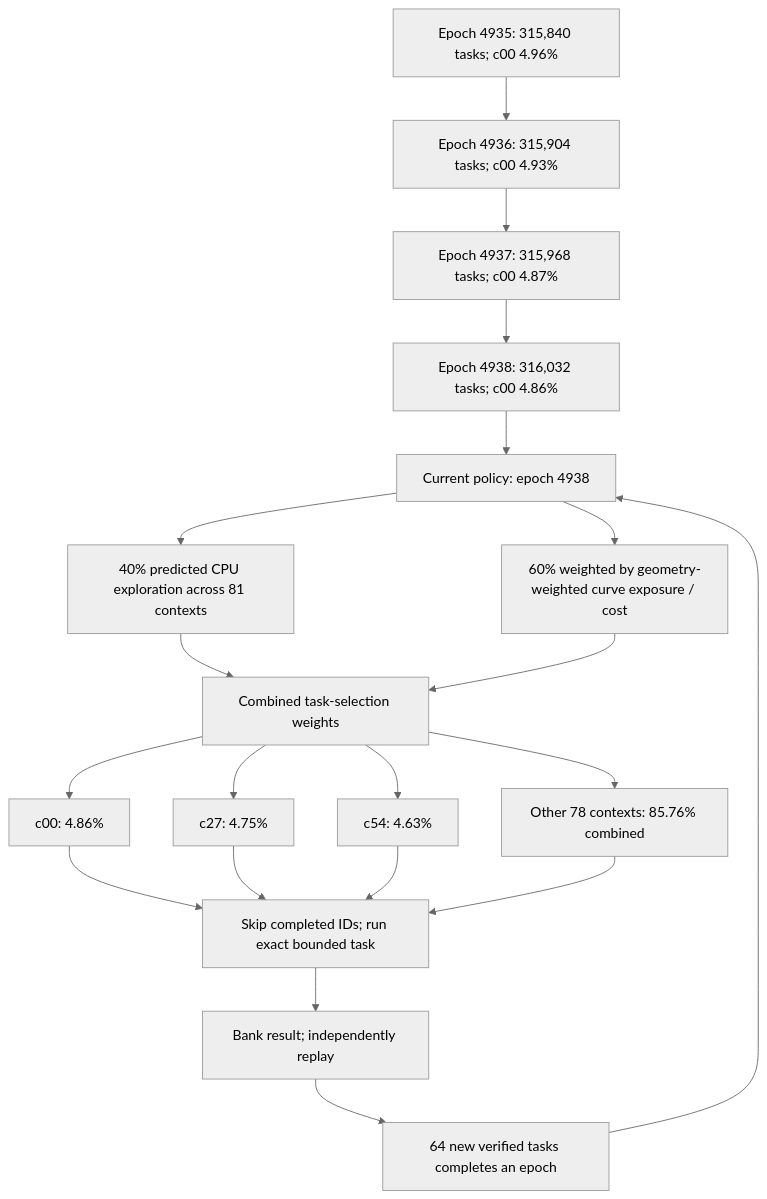
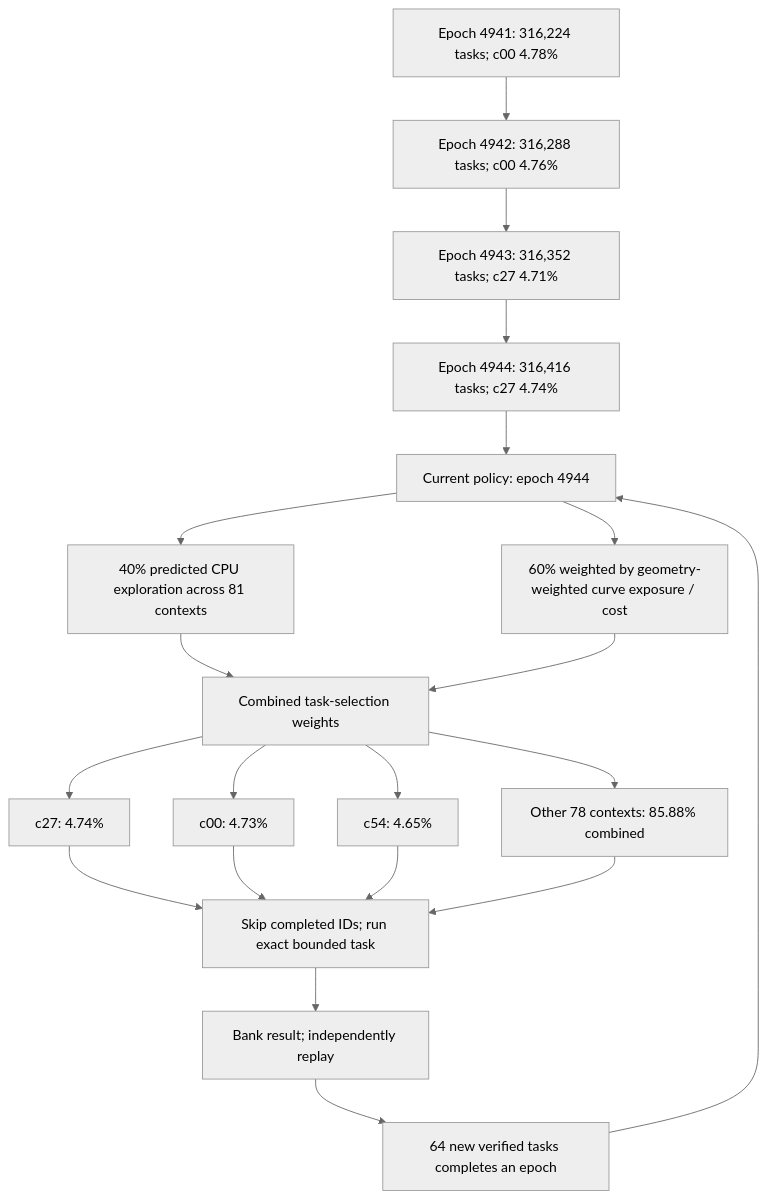
Before and after one commit to Kuberwastaken/math-gambling: the first of 3 diagrams in README.md, drawn with Mermaid (neutral theme). The commit also changed other lines of this file and 1228 other files, not shown here.

````diff
--- a/README.md
+++ b/README.md
@@ -60,27 +60,27 @@
 ```mermaid
 flowchart TD
-    H0["Epoch 4935: 315,840 tasks; c00 4.96%"]
-    H1["Epoch 4936: 315,904 tasks; c00 4.93%"]
+    H0["Epoch 4941: 316,224 tasks; c00 4.78%"]
+    H1["Epoch 4942: 316,288 tasks; c00 4.76%"]
     H0 --> H1
-    H2["Epoch 4937: 315,968 tasks; c00 4.87%"]
+    H2["Epoch 4943: 316,352 tasks; c27 4.71%"]
     H1 --> H2
-    H3["Epoch 4938: 316,032 tasks; c00 4.86%"]
+    H3["Epoch 4944: 316,416 tasks; c27 4.74%"]
     H2 --> H3
-    Policy["Current policy: epoch 4938"]
+    Policy["Current policy: epoch 4944"]
     H3 --> Policy
     Policy --> Explore["40% predicted CPU exploration across 81 contexts"]
     Policy --> Cost["60% weighted by geometry-weighted curve exposure / cost"]
     Explore --> Mix["Combined task-selection weights"]
     Cost --> Mix
-    Mix --> C0["c00: 4.86%"]
-    Mix --> C1["c27: 4.75%"]
-    Mix --> C2["c54: 4.63%"]
-    Mix --> Rest["Other 78 contexts: 85.76% combined"]
+    Mix --> C0["c27: 4.74%"]
+    Mix --> C1["c00: 4.73%"]
+    Mix --> C2["c54: 4.65%"]
+    Mix --> Rest["Other 78 contexts: 85.88% combined"]
     C0 --> Check["Skip completed IDs; run exact bounded task"]
     C1 --> Check
     C2 --> Check
     Rest --> Check
     Check --> Replay["Bank result; independently replay"]
     Replay --> Gate["64 new verified tasks completes an epoch"]
     Gate --> Policy
 ```
````
